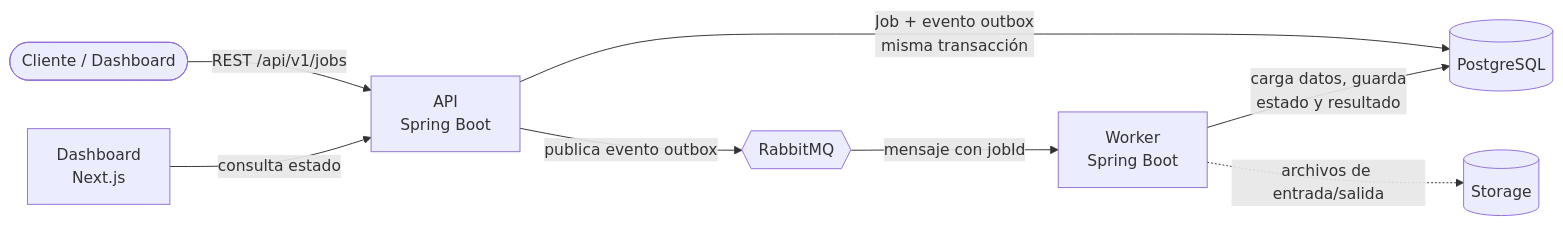
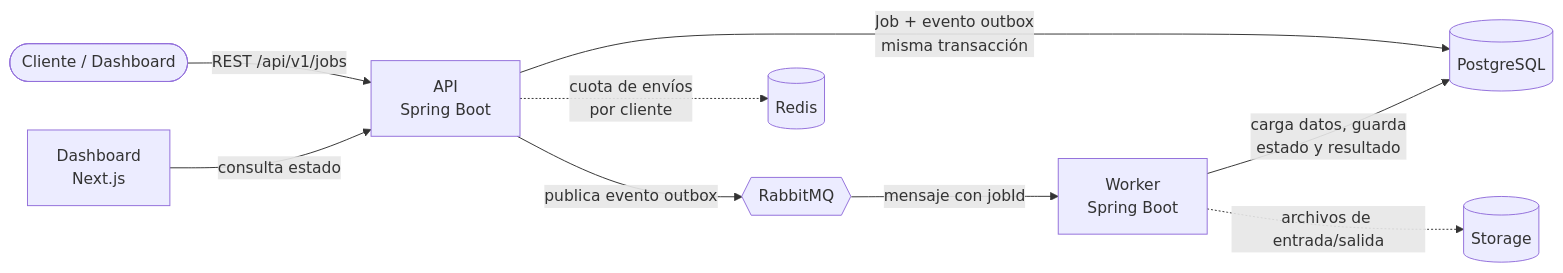
Before and after one commit to Cosmichomeless/QueueLab: the diagram in README.md, drawn with Mermaid. The commit also changed other lines of this file and 18 other files, not shown here.

````diff
--- a/README.md
+++ b/README.md
@@ -18,10 +18,11 @@
 ```mermaid
 flowchart LR
     Client([Cliente / Dashboard]) -->|REST /api/v1/jobs| API[API<br/>Spring Boot]
     API -->|Job + evento outbox<br/>misma transacción| PG[(PostgreSQL)]
     API -->|publica evento outbox| MQ{{RabbitMQ}}
+    API -.->|cuota de envíos<br/>por cliente| Redis[(Redis)]
     MQ -->|mensaje con jobId| Worker[Worker<br/>Spring Boot]
     Worker -->|carga datos, guarda<br/>estado y resultado| PG
     Worker -.->|archivos de entrada/salida| Storage[(Storage)]
     Dashboard[Dashboard<br/>Next.js] -->|consulta estado| API
 ```
````
